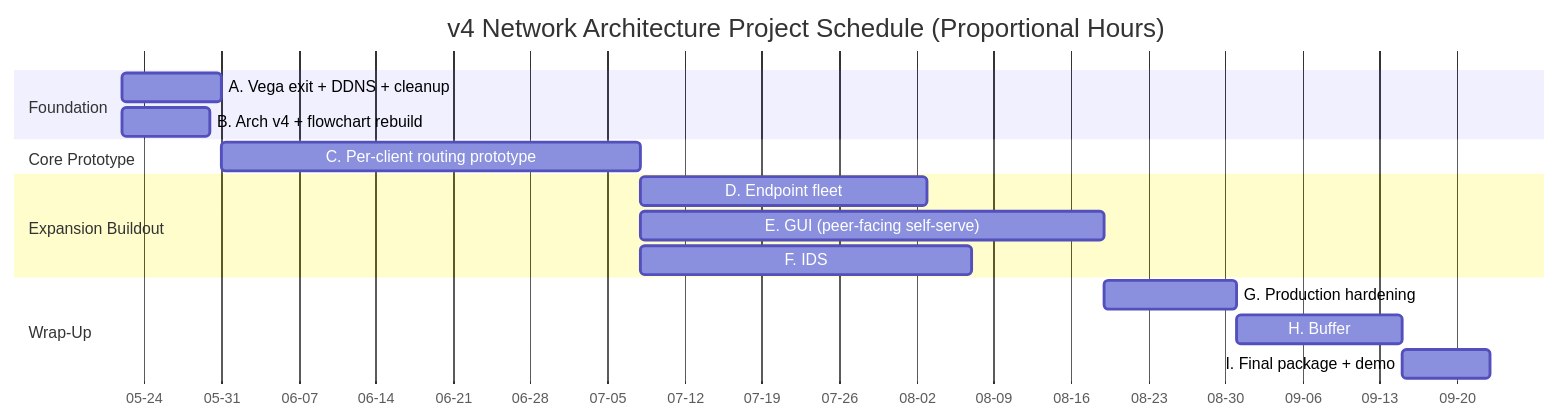
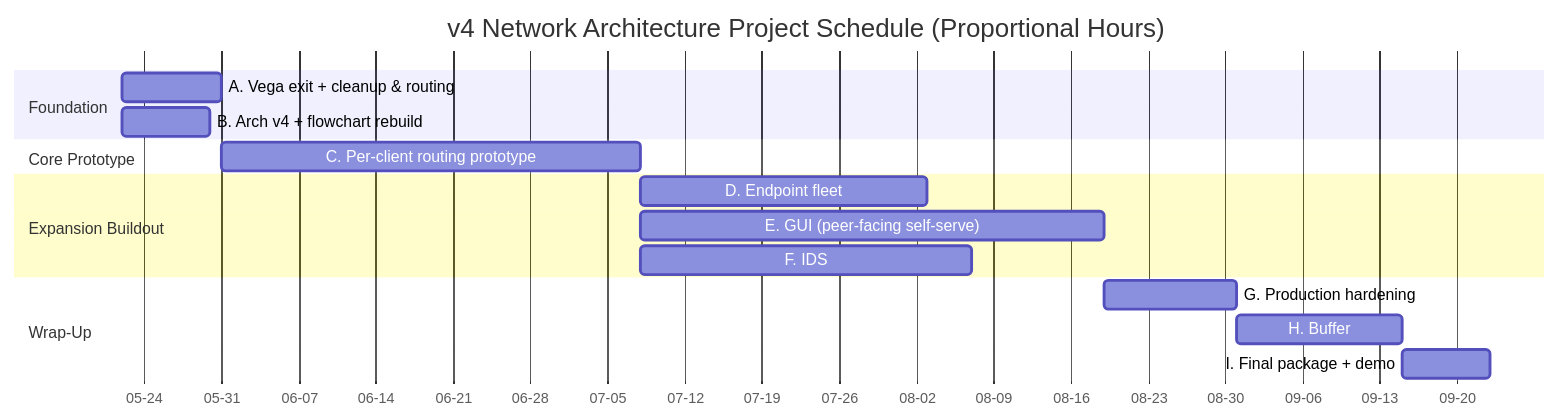
Before and after one commit to willcode4jobs/vpn-pi: the diagram in docs/gannt/pert/gannt_chart.md, drawn with Mermaid. The commit also changed 1 other file, not shown here.

Commit message:
chore: fixed gannt and pert charts

````diff
--- a/docs/gannt/pert/gannt_chart.md
+++ b/docs/gannt/pert/gannt_chart.md
@@ -1,23 +1,23 @@
 ```mermaid
 gantt
     title v4 Network Architecture Project Schedule (Proportional Hours)
     dateFormat  YYYY-MM-DD
     axisFormat  %m-%d
     
     section Foundation
-    A. Vega exit + DDNS + cleanup    :a, 2026-05-22, 9d
-    B. Arch v4 + flowchart rebuild   :b, 2026-05-22, 8d
+    A. Vega exit + cleanup & routing    :a, 2026-05-22, 9d
+    B. Arch v4 + flowchart rebuild      :b, 2026-05-22, 8d
     
     section Core Prototype
-    C. Per-client routing prototype  :c, after a b, 38d
+    C. Per-client routing prototype     :c, after a, 38d
     
     section Expansion Buildout
-    D. Endpoint fleet                :d, after c, 26d
-    E. GUI (peer-facing self-serve)  :e, after c, 42d
-    F. IDS                           :f, after c, 30d
+    D. Endpoint fleet                   :d, after c, 26d
+    E. GUI (peer-facing self-serve)     :e, after c, 42d
+    F. IDS                              :f, after c, 30d
     
     section Wrap-Up
-    G. Production hardening          :g, after d e f, 12d
-    H. Buffer                        :h, after g, 15d
-    I. Final package + demo          :i, after h, 8d
+    G. Production hardening             :g, after e, 12d
+    H. Buffer                           :h, after g, 15d
+    I. Final package + demo             :i, after h, 8d
 ```
````
